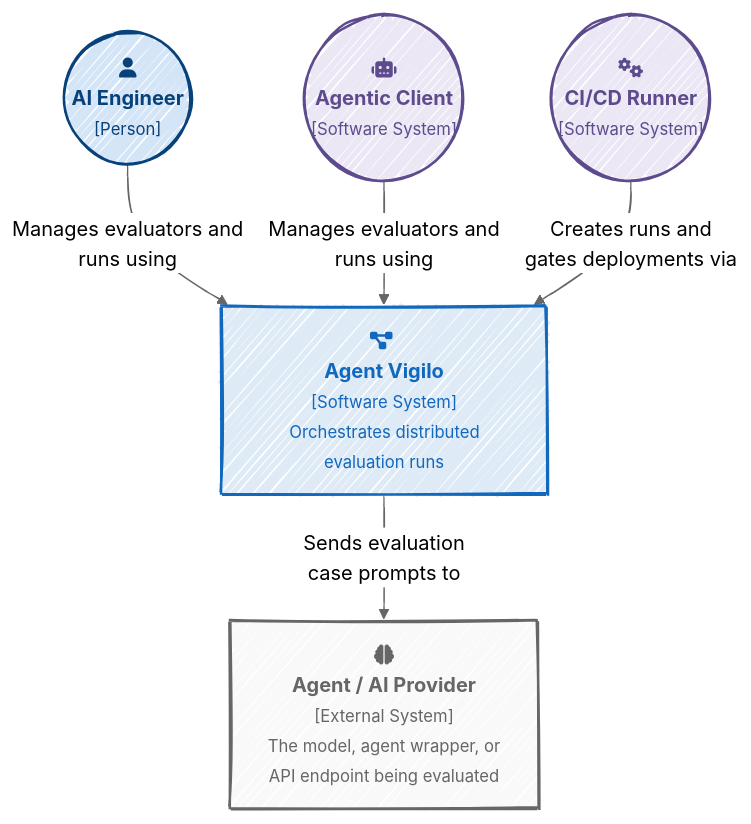
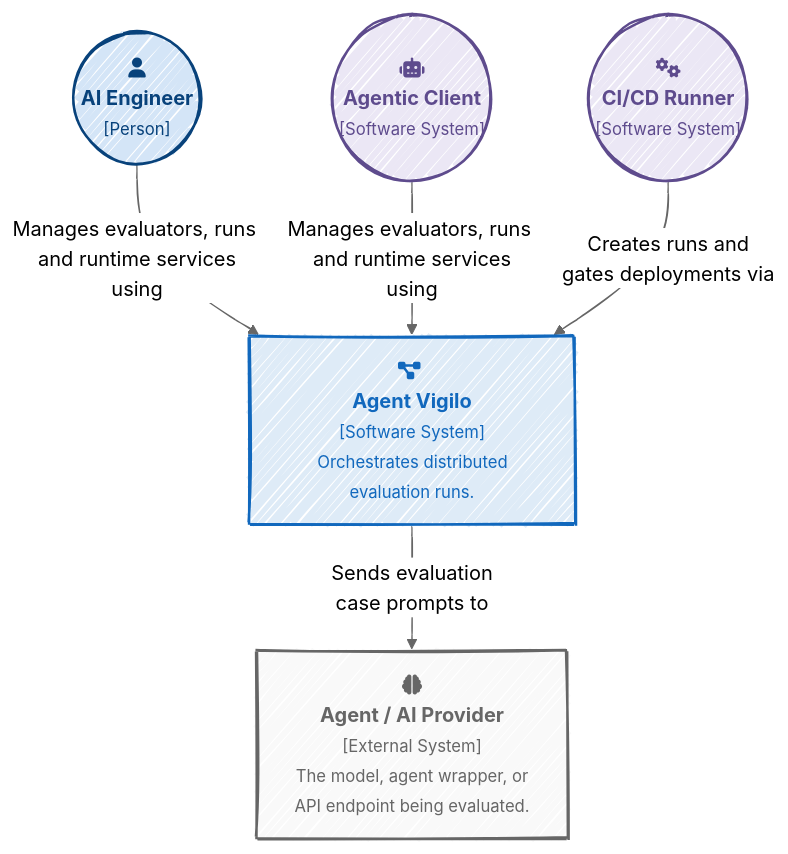
One commit to gregl83/agent-vigilo changed the diagram in web/docs/architecture/structure/context/diagram.mmd. Above: the diagram before and after it, drawn with Mermaid. The commit also changed 1 other file, not shown here.

Commit message:
add c4 containers diagram

```diff
--- a/web/docs/architecture/structure/context/diagram.mmd
+++ b/web/docs/architecture/structure/context/diagram.mmd
@@ -1,27 +1,27 @@
 ---
 config:
   theme: neutral
   look: handDrawn
 ---
 flowchart TD
     %% styles
     classDef actor fill:#ebe7f5,color:#5e4b8d,stroke:#5e4b8d,stroke-width:2px
     classDef person fill:#d4e5f7,color:#08427b,stroke:#08427b,stroke-width:2px
     classDef system fill:#deebf7,color:#1168bd,stroke:#1168bd,stroke-width:2px
     classDef external fill:#f9f9f9,color:#666,stroke:#666,stroke-width:2px
 
     %% actors
     User(("fa:fa-user <br/> <b>AI Engineer</b> <br/> <small>[Person]</small>")):::person
     AgentClient(("fa:fa-robot <br/> <b>Agentic Client</b> <br/> <small>[Software System]</small>")):::actor
     CICD(("fa:fa-gears <br/> <b>CI/CD Runner</b> <br/> <small>[Software System]</small>")):::actor
 
     %% main system
-    AgentVigilo["fa:fa-diagram-project <br/> <b>Agent Vigilo</b> <br/> <small>[Software System]</small> <br/> <small>Orchestrates distributed evaluation runs</small>"]:::system
+    AgentVigilo["fa:fa-diagram-project <br/> <b>Agent Vigilo</b> <br/> <small>[Software System]</small> <br/> <small>Orchestrates distributed evaluation runs.</small>"]:::system
 
     %% external target
-    TargetAgent["fa:fa-brain <br/> <b>Agent / AI Provider</b> <br/> <small>[External System]</small> <br/> <small>The model, agent wrapper, or <br/> API endpoint being evaluated</small>"]:::external
+    TargetAgent["fa:fa-brain <br/> <b>Agent / AI Provider</b> <br/> <small>[External System]</small> <br/> <small>The model, agent wrapper, or <br/> API endpoint being evaluated.</small>"]:::external
 
     %% edges
-    User & AgentClient -->|Manages evaluators and <br/> runs using| AgentVigilo
+    User & AgentClient -->|"Manages evaluators, runs <br/> and runtime services using"| AgentVigilo
     CICD -->|Creates runs and <br/> gates deployments via| AgentVigilo
     AgentVigilo -->|Sends evaluation <br/> case prompts to| TargetAgent
```
